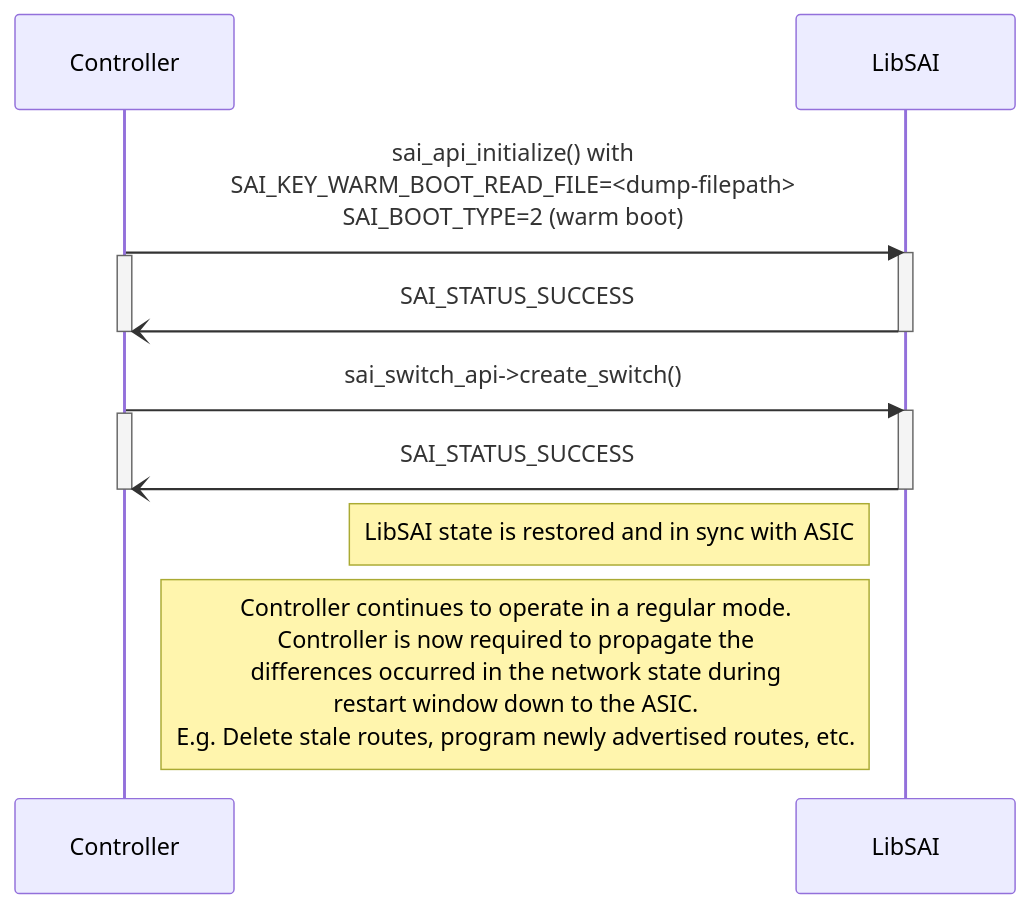
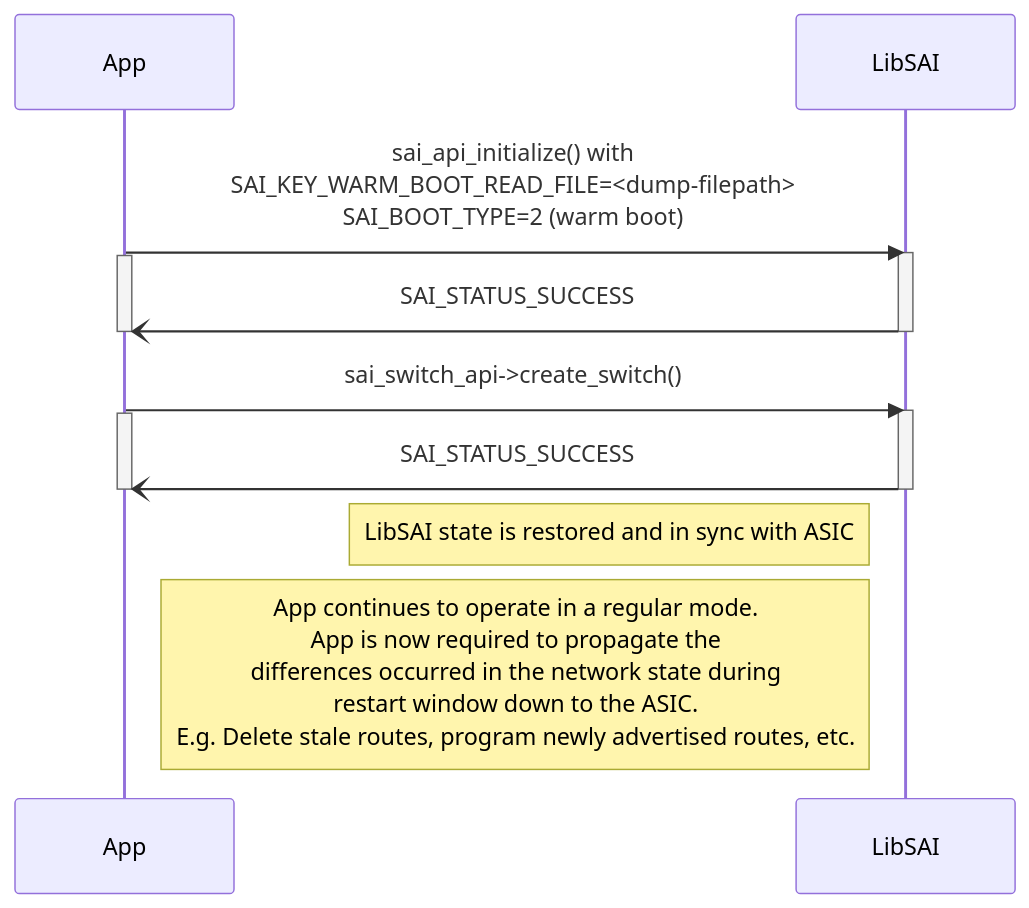
One commit to stepanblyschak/SONiC changed the second of 11 diagrams in doc/warm-reboot/wb.md. Above: the diagram before and after it, drawn with Mermaid. The commit also changed other lines of this file, not shown here.

````diff
--- a/doc/warm-reboot/wb.md
+++ b/doc/warm-reboot/wb.md
@@ -187,17 +195,17 @@
 ```mermaid
 sequenceDiagram
-    Controller->>LibSAI: sai_api_initialize() with <br/>SAI_KEY_WARM_BOOT_READ_FILE=<dump-filepath> <br/> SAI_BOOT_TYPE=2 (warm boot)
+    App->>LibSAI: sai_api_initialize() with <br/>SAI_KEY_WARM_BOOT_READ_FILE=<dump-filepath> <br/> SAI_BOOT_TYPE=2 (warm boot)
     activate LibSAI
-    activate Controller
-    LibSAI-)Controller: SAI_STATUS_SUCCESS
+    activate App
+    LibSAI-)App: SAI_STATUS_SUCCESS
     deactivate LibSAI
-    deactivate Controller
-    Controller->>LibSAI: sai_switch_api->create_switch()
+    deactivate App
+    App->>LibSAI: sai_switch_api->create_switch()
     activate LibSAI
-    activate Controller
-    LibSAI-)Controller: SAI_STATUS_SUCCESS
+    activate App
+    LibSAI-)App: SAI_STATUS_SUCCESS
     deactivate LibSAI
-    deactivate Controller
+    deactivate App
      Note left of LibSAI: LibSAI state is restored and in sync with ASIC
-     Note right of Controller: Controller continues to operate in a regular mode. <br/> Controller is now required to propagate the <br/> differences occurred in the network state during <br/> restart window down to the ASIC. <br/> E.g. Delete stale routes, program newly advertised routes, etc.
+     Note right of App: App continues to operate in a regular mode. <br/> App is now required to propagate the <br/> differences occurred in the network state during <br/> restart window down to the ASIC. <br/> E.g. Delete stale routes, program newly advertised routes, etc.
 ```
````
